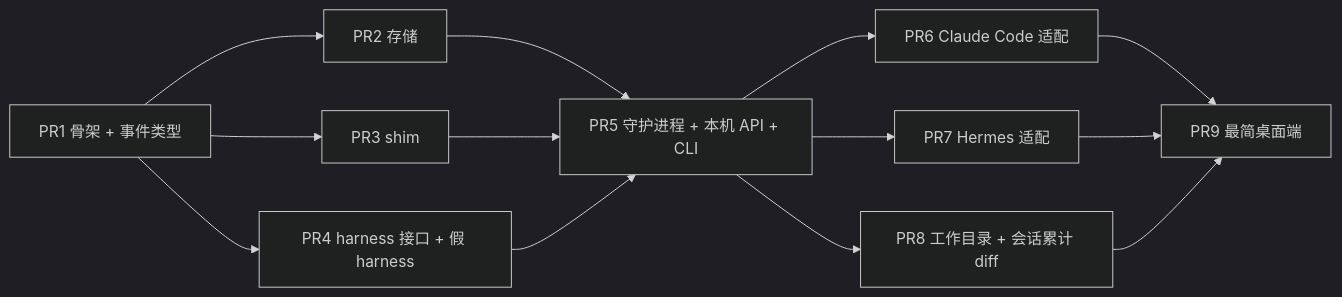
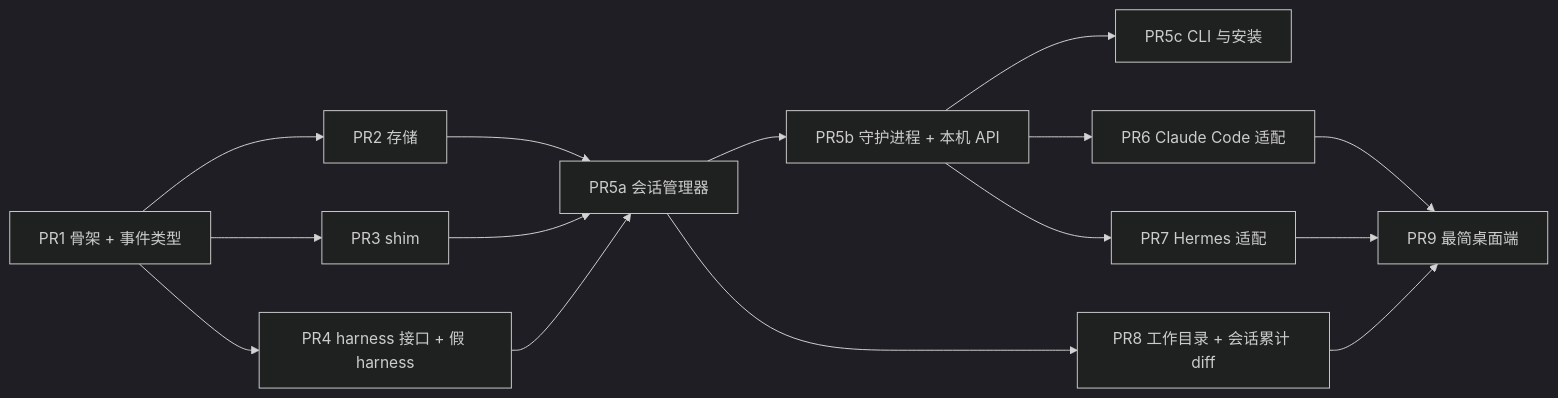
The diagram in docs/plans/m1-overview.md (yangflow/hoplet), drawn with Mermaid (dark theme) before and after one commit. The commit also changed other lines of this file and 34 other files, not shown here.

````diff
--- a/docs/plans/m1-overview.md
+++ b/docs/plans/m1-overview.md
@@ -24,15 +24,17 @@
 ```mermaid
 flowchart LR
     P1["PR1 骨架 + 事件类型"] --> P2["PR2 存储"]
     P1 --> P3["PR3 shim"]
     P1 --> P4["PR4 harness 接口 + 假 harness"]
-    P2 --> P5["PR5 守护进程 + 本机 API + CLI"]
+    P2 --> P5["PR5a 会话管理器"]
     P3 --> P5
     P4 --> P5
-    P5 --> P6["PR6 Claude Code 适配"]
-    P5 --> P7["PR7 Hermes 适配"]
+    P5 --> P5b["PR5b 守护进程 + 本机 API"]
+    P5b --> P5c["PR5c CLI 与安装"]
+    P5b --> P6["PR6 Claude Code 适配"]
+    P5b --> P7["PR7 Hermes 适配"]
     P5 --> P8["PR8 工作目录 + 会话累计 diff"]
     P6 --> P9["PR9 最简桌面端"]
     P7 --> P9
     P8 --> P9
 ```
````
